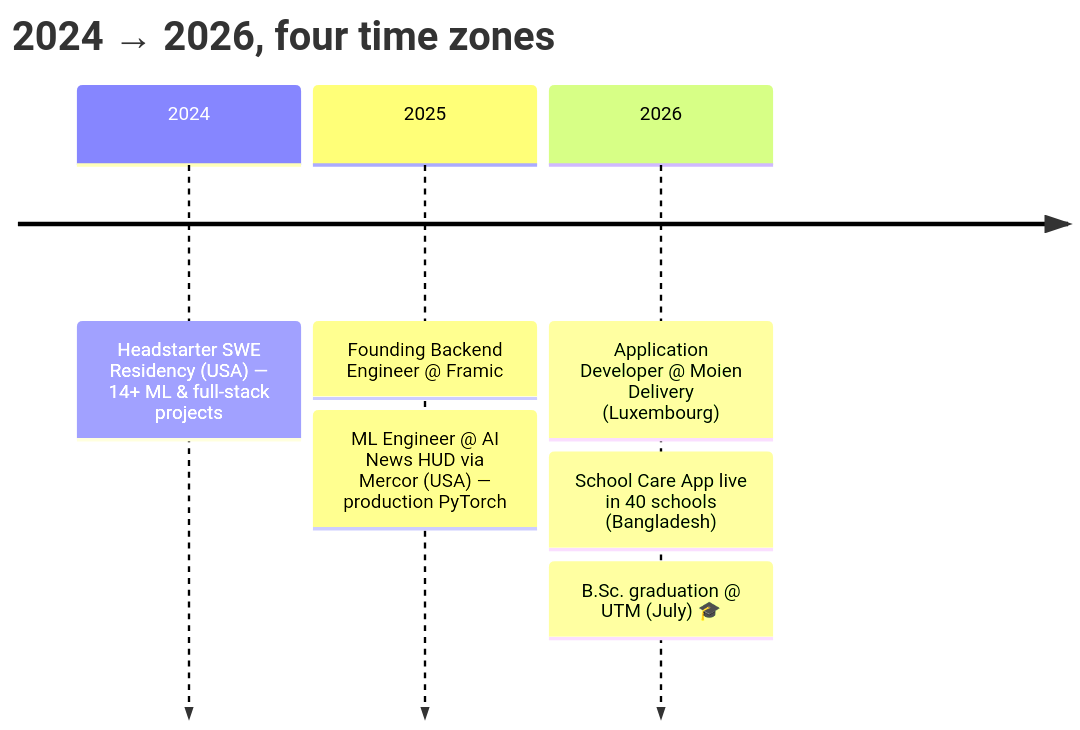
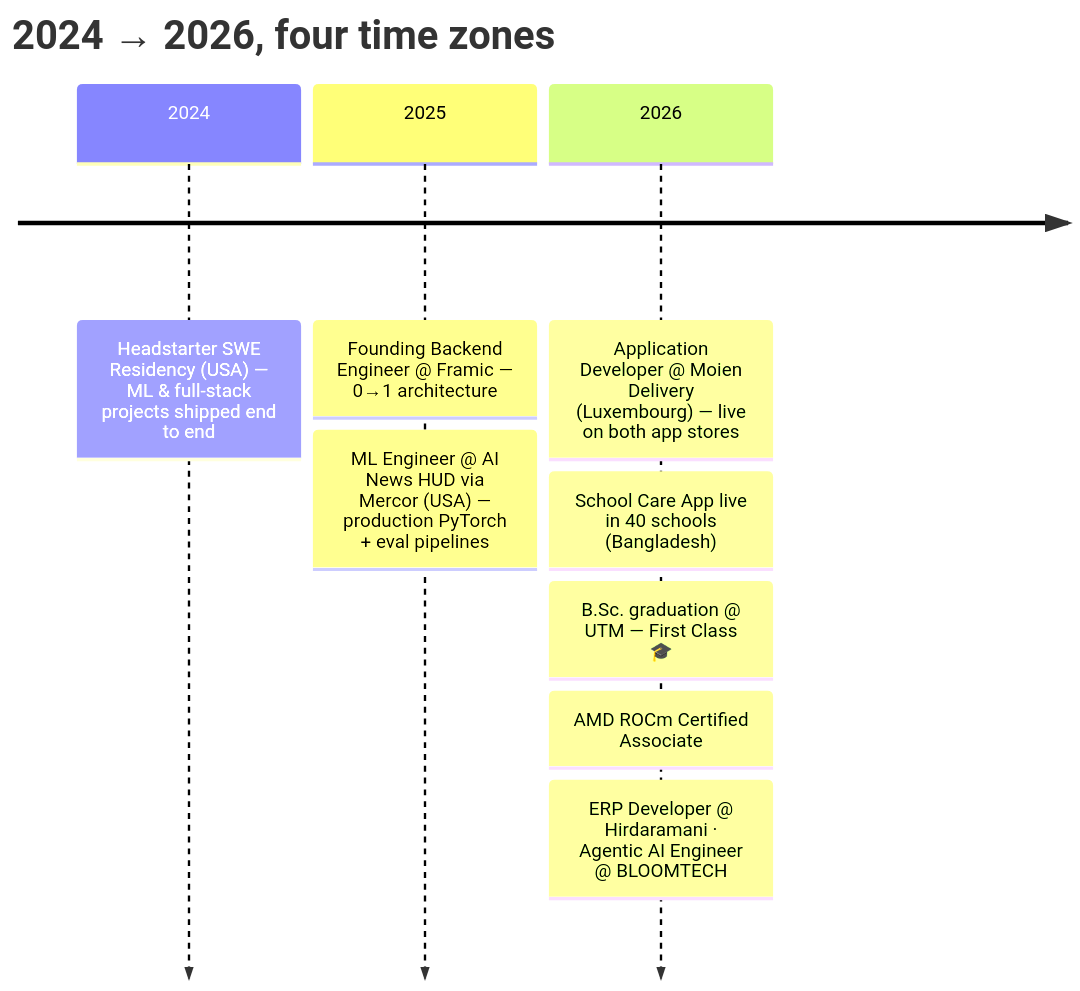
One commit to Arnobrizwan/Arnobrizwan changed the diagram in README.md. Above: the diagram before and after it, drawn with Mermaid. The commit also changed other lines of this file, not shown here.

````diff
--- a/README.md
+++ b/README.md
@@ -57,10 +62,12 @@
 ```mermaid
 timeline
     title 2024 → 2026, four time zones
-    2024 : Headstarter SWE Residency (USA) — 14+ ML & full-stack projects
-    2025 : Founding Backend Engineer @ Framic
-         : ML Engineer @ AI News HUD via Mercor (USA) — production PyTorch
-    2026 : Application Developer @ Moien Delivery (Luxembourg)
+    2024 : Headstarter SWE Residency (USA) — ML & full-stack projects shipped end to end
+    2025 : Founding Backend Engineer @ Framic — 0→1 architecture
+         : ML Engineer @ AI News HUD via Mercor (USA) — production PyTorch + eval pipelines
+    2026 : Application Developer @ Moien Delivery (Luxembourg) — live on both app stores
          : School Care App live in 40 schools (Bangladesh)
-         : B.Sc. graduation @ UTM (July) 🎓
+         : B.Sc. graduation @ UTM — First Class 🎓
+         : AMD ROCm Certified Associate
+         : ERP Developer @ Hirdaramani · Agentic AI Engineer @ BLOOMTECH
 ```
````
